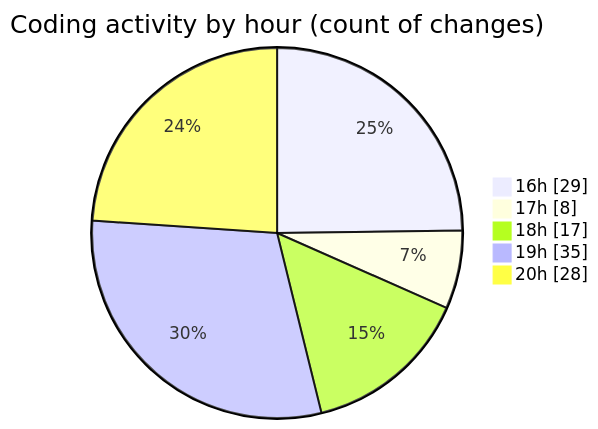
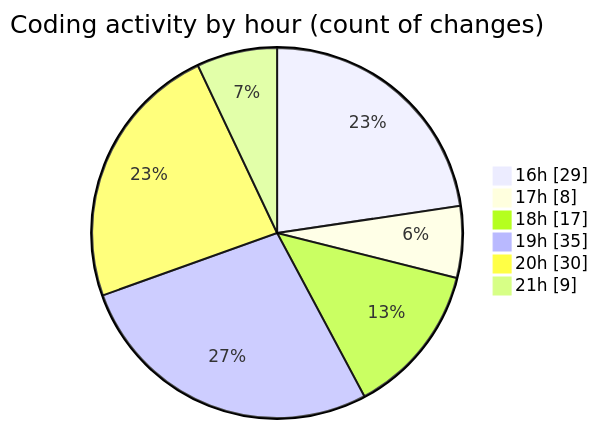
One commit to Netris89/code-tracking changed the second of 2 diagrams in 2025-11-01/skintrack/README.md. Above: the diagram before and after it, drawn with Mermaid. The commit also changed other lines of this file and 1 other file, not shown here.

````diff
--- a/2025-11-01/skintrack/README.md
+++ b/2025-11-01/skintrack/README.md
@@ -35,9 +35,10 @@
 ```mermaid
 pie showData
 title Coding activity by hour (count of changes)
 "16h" : 29
 "17h" : 8
 "18h" : 17
 "19h" : 35
-"20h" : 28
+"20h" : 30
+"21h" : 9
 ```
````
